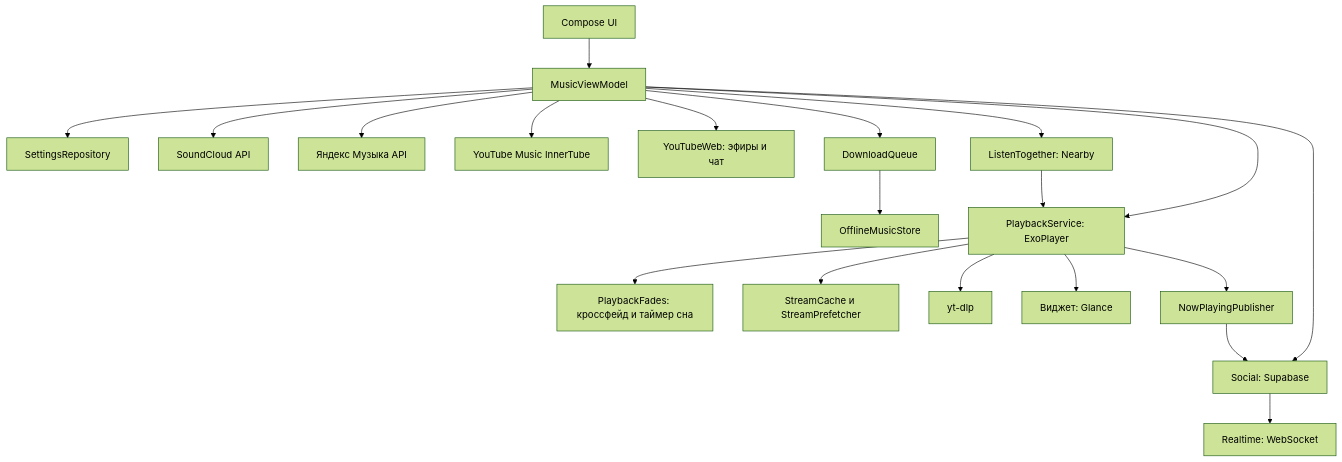
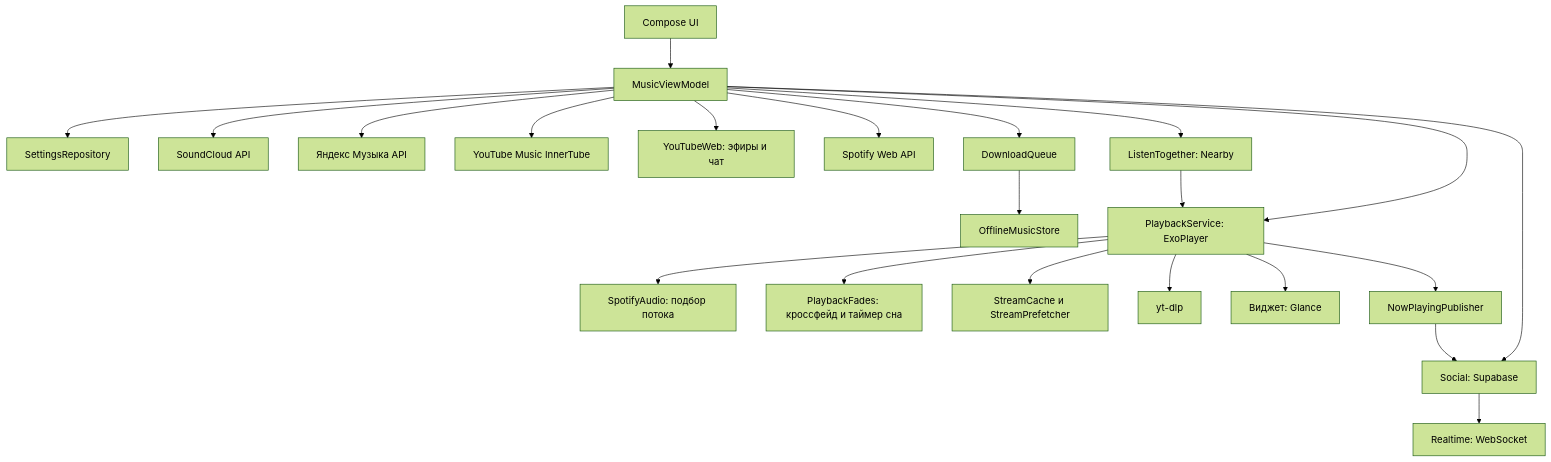
One commit to GXUser7/YouCloud changed the diagram in README.md. Above: the diagram before and after it, drawn with Mermaid (forest theme). The commit also changed other lines of this file and 1 other file, not shown here.

Commit message:
Обновить README и описание проекта: добавить Spotify и объяснение подбора звука

````diff
--- a/README.md
+++ b/README.md
@@ -225,23 +239,25 @@
 ```mermaid
 graph TD
     UI[Compose UI] --> VM[MusicViewModel]
     VM --> Settings[SettingsRepository]
     VM --> SC[SoundCloud API]
     VM --> YM[Яндекс Музыка API]
     VM --> YTM[YouTube Music InnerTube]
     VM --> YTW[YouTubeWeb: эфиры и чат]
+    VM --> SP[Spotify Web API]
     VM --> Queue[DownloadQueue]
     Queue --> Store[OfflineMusicStore]
     VM --> Together[ListenTogether: Nearby]
     VM --> Social[Social: Supabase]
     Social --> Realtime[Realtime: WebSocket]
 
     VM --> Player[PlaybackService: ExoPlayer]
     Together --> Player
+    Player --> SPA[SpotifyAudio: подбор потока]
     Player --> Fades[PlaybackFades: кроссфейд и таймер сна]
     Player --> Cache[StreamCache и StreamPrefetcher]
     Player --> YtDlp[yt-dlp]
     Player --> Widget[Виджет: Glance]
     Player --> NowPlaying[NowPlayingPublisher]
     NowPlaying --> Social
 ```
````
